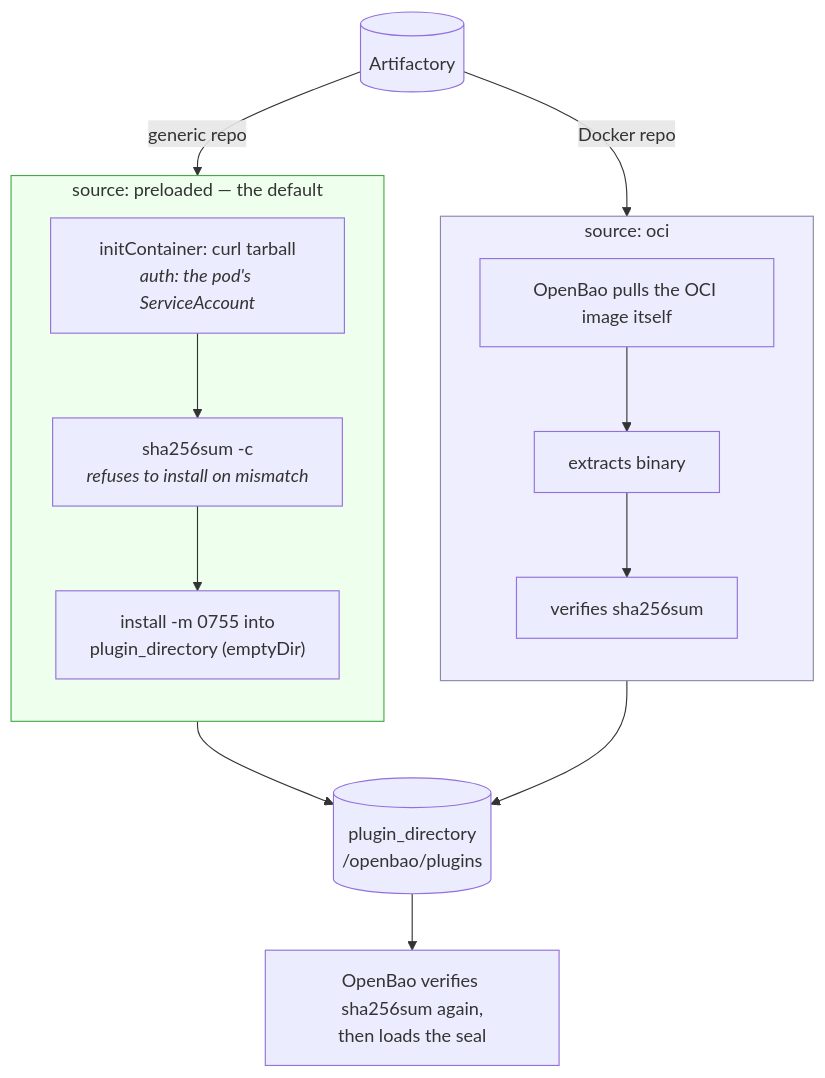
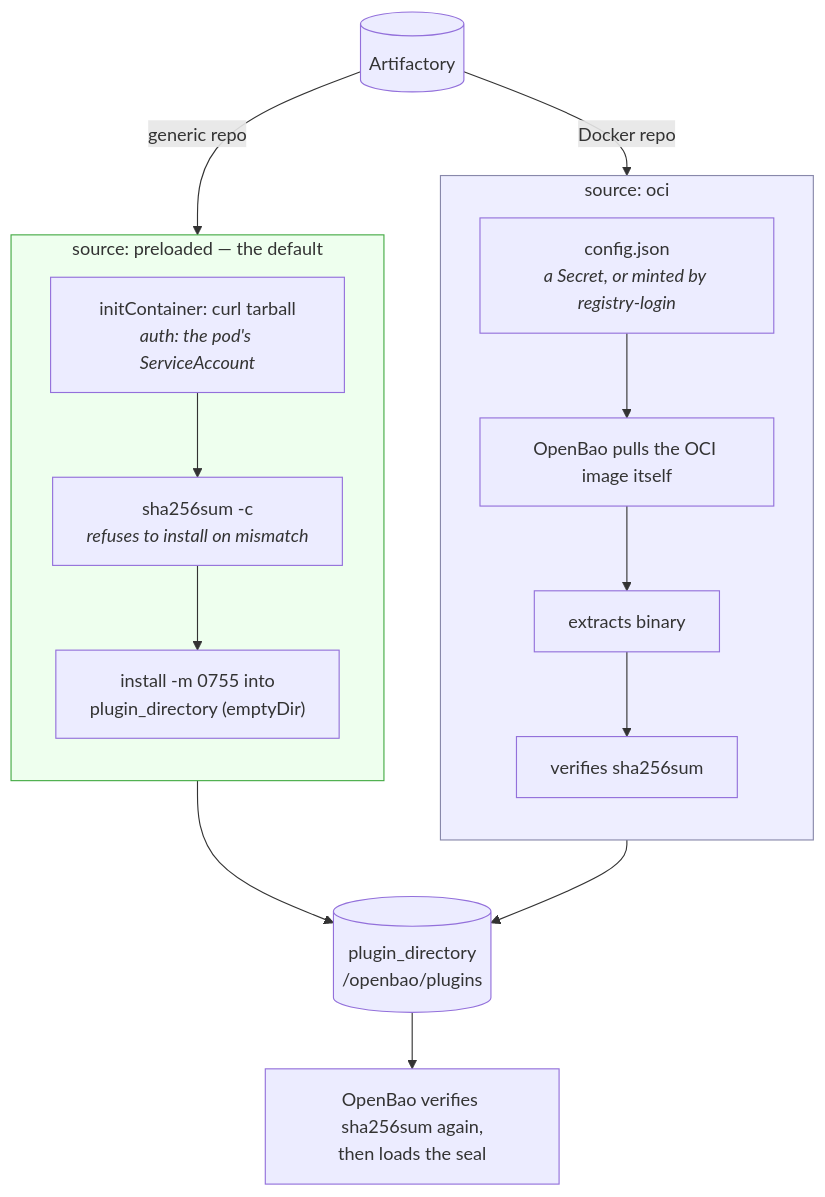
One commit to datahattrick/openbao-chart changed the second of 6 diagrams in docs/SEAL.md. Above: the diagram before and after it, drawn with Mermaid. The commit also changed other lines of this file and 6 other files, not shown here.

````diff
--- a/docs/SEAL.md
+++ b/docs/SEAL.md
@@ -41,23 +41,23 @@
 ```mermaid
 flowchart TB
     art[("Artifactory")]
 
     subgraph pre["source: preloaded — the default"]
         direction TB
         p1["initContainer: curl tarball<br/><i>auth: the pod's ServiceAccount</i>"] --> p2["sha256sum -c<br/><i>refuses to install on mismatch</i>"] --> p3["install -m 0755 into<br/>plugin_directory (emptyDir)"]
     end
 
     subgraph oci["source: oci"]
         direction TB
-        o1["OpenBao pulls the OCI image itself"] --> o2["extracts binary"] --> o3["verifies sha256sum"]
+        o0["config.json<br/><i>a Secret, or minted by registry-login</i>"] --> o1["OpenBao pulls the OCI image itself"] --> o2["extracts binary"] --> o3["verifies sha256sum"]
     end
 
     art -->|"generic repo"| pre
     art -->|"Docker repo"| oci
     pre --> pd[("plugin_directory<br/>/openbao/plugins")]
     oci --> pd
     pd --> bao["OpenBao verifies sha256sum again,<br/>then loads the seal"]
 
     style pre fill:#efe,stroke:#4a4
     style oci fill:#eef,stroke:#88a
 ```
````
